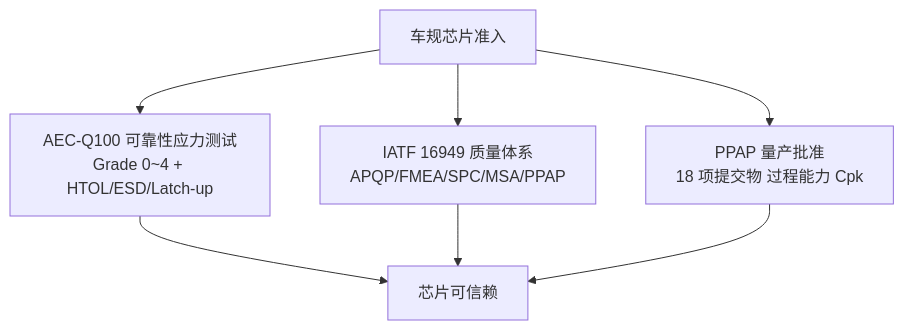
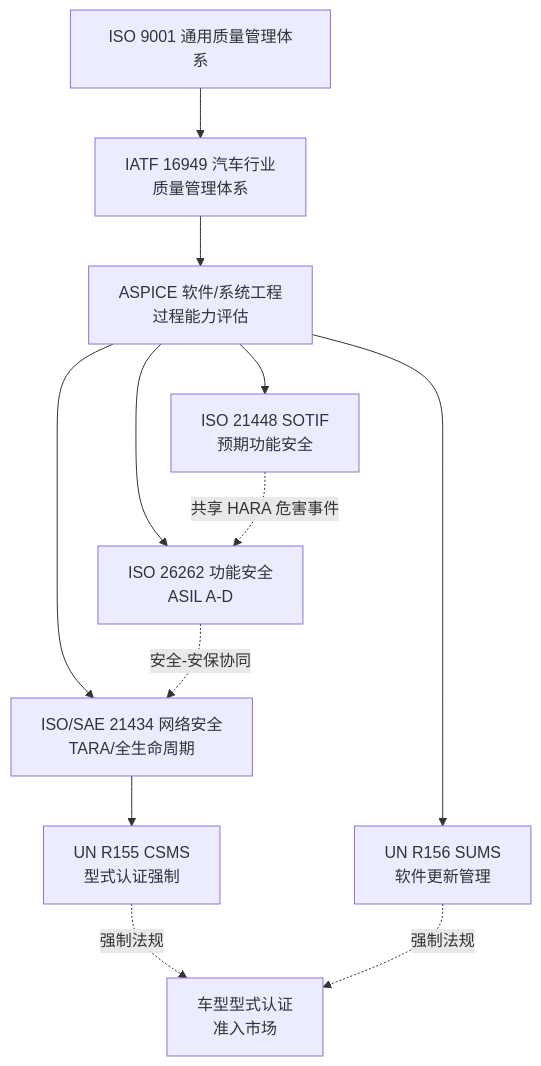
The first of 10 diagrams in articles/18-automotive-cert.md (1208826038/embedded-skill-notes), drawn with Mermaid before and after one commit. The commit also changed other lines of this file, not shown here.

````diff
--- a/articles/18-automotive-cert.md
+++ b/articles/18-automotive-cert.md
@@ -15,9 +28,14 @@
 ```mermaid
 graph TD
-    R[车规芯片准入] --> A[AEC-Q100 可靠性应力测试<br/>Grade 0~4 + HTOL/ESD/Latch-up]
-    R --> Q[IATF 16949 质量体系<br/>APQP/FMEA/SPC/MSA/PPAP]
-    R --> P[PPAP 量产批准<br/>18 项提交物 过程能力 Cpk]
-    A --> S[芯片可信赖]
-    Q --> S
-    P --> S
+    Q[ISO 9001 通用质量管理体系] --> I[IATF 16949 汽车行业<br/>质量管理体系]
+    I --> A[ASPICE 软件/系统工程<br/>过程能力评估]
+    A --> S[ISO 26262 功能安全<br/>ASIL A-D]
+    A --> C[ISO/SAE 21434 网络安全<br/>TARA/全生命周期]
+    A --> F[ISO 21448 SOTIF<br/>预期功能安全]
+    C --> R155[UN R155 CSMS<br/>型式认证强制]
+    A --> R156[UN R156 SUMS<br/>软件更新管理]
+    R155 -.强制法规.-> T[车型型式认证<br/>准入市场]
+    R156 -.强制法规.-> T
+    S -.安全-安保协同.-> C
+    F -.共享 HARA 危害事件.-> S
 ```
````
